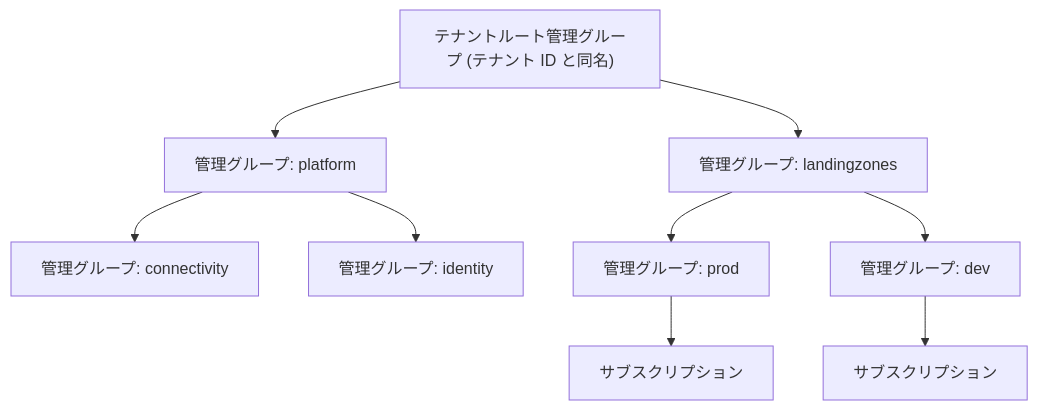
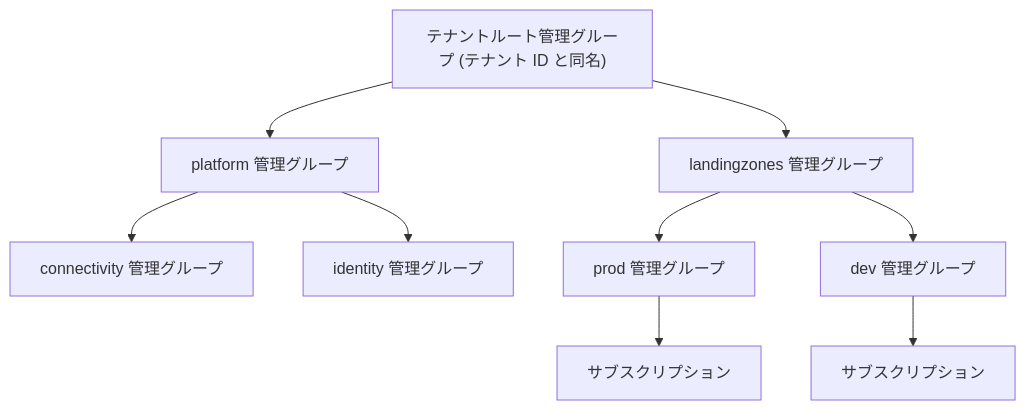
The fourth of 4 diagrams in manuscript/part1/02-management-groups.md (engineers-hub-ltd-in-house-project/azure-practice), drawn with Mermaid before and after one commit. The commit also changed other lines of this file, not shown here.

First line of the commit message:
docs: 図のノードの種類表記を「名前 + 種類」の後置形式に統一する

````diff
--- a/manuscript/part1/02-management-groups.md
+++ b/manuscript/part1/02-management-groups.md
@@ -62,12 +62,12 @@
 ```mermaid
 flowchart TB
   R["テナントルート管理グループ (テナント ID と同名)"]
-  R --> P["管理グループ: platform"]
-  R --> L["管理グループ: landingzones"]
-  P --> PC["管理グループ: connectivity"]
-  P --> PI["管理グループ: identity"]
-  L --> LP["管理グループ: prod"]
-  L --> LD["管理グループ: dev"]
+  R --> P["platform 管理グループ"]
+  R --> L["landingzones 管理グループ"]
+  P --> PC["connectivity 管理グループ"]
+  P --> PI["identity 管理グループ"]
+  L --> LP["prod 管理グループ"]
+  L --> LD["dev 管理グループ"]
   LP --> S1["サブスクリプション"]
   LD --> S2["サブスクリプション"]
 ```
````
